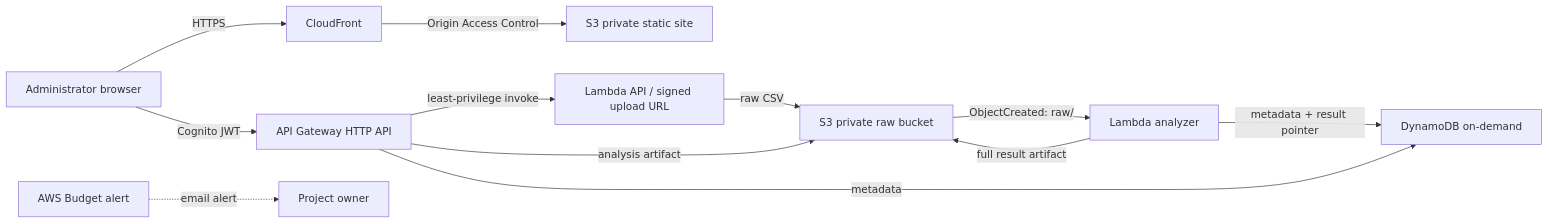
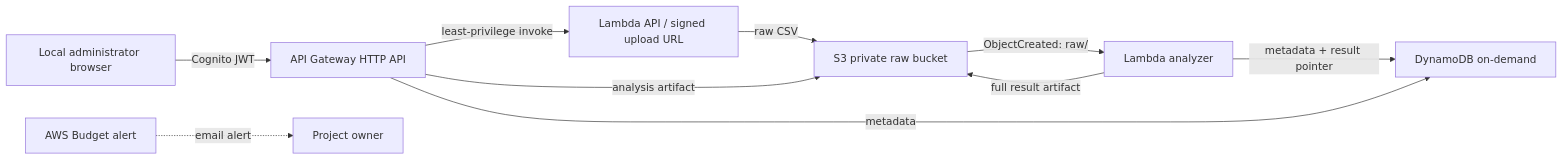
One commit to Ansh-bit948/AWS-project changed the diagram in README.md. Above: the diagram before and after it, drawn with Mermaid. The commit also changed other lines of this file and 1 other file, not shown here.

Commit message:
Keep demo UI local when CloudFront is account-restricted

````diff
--- a/README.md
+++ b/README.md
@@ -9,14 +9,12 @@
 ```mermaid
 flowchart LR
-  Admin[Administrator browser] -->|HTTPS| CF[CloudFront]
-  CF -->|Origin Access Control| Web[S3 private static site]
-  Admin -->|Cognito JWT| API[API Gateway HTTP API]
+  Admin[Local administrator browser] -->|Cognito JWT| API[API Gateway HTTP API]
   API -->|least-privilege invoke| LAPI[Lambda API / signed upload URL]
   LAPI -->|raw CSV| S3[S3 private raw bucket]
   S3 -->|ObjectCreated: raw/| Worker[Lambda analyzer]
   Worker -->|metadata + result pointer| DDB[DynamoDB on-demand]
   Worker -->|full result artifact| S3
   API -->|metadata| DDB
   API -->|analysis artifact| S3
   Budget[AWS Budget alert] -. email alert .-> Owner[Project owner]
 ```
````
